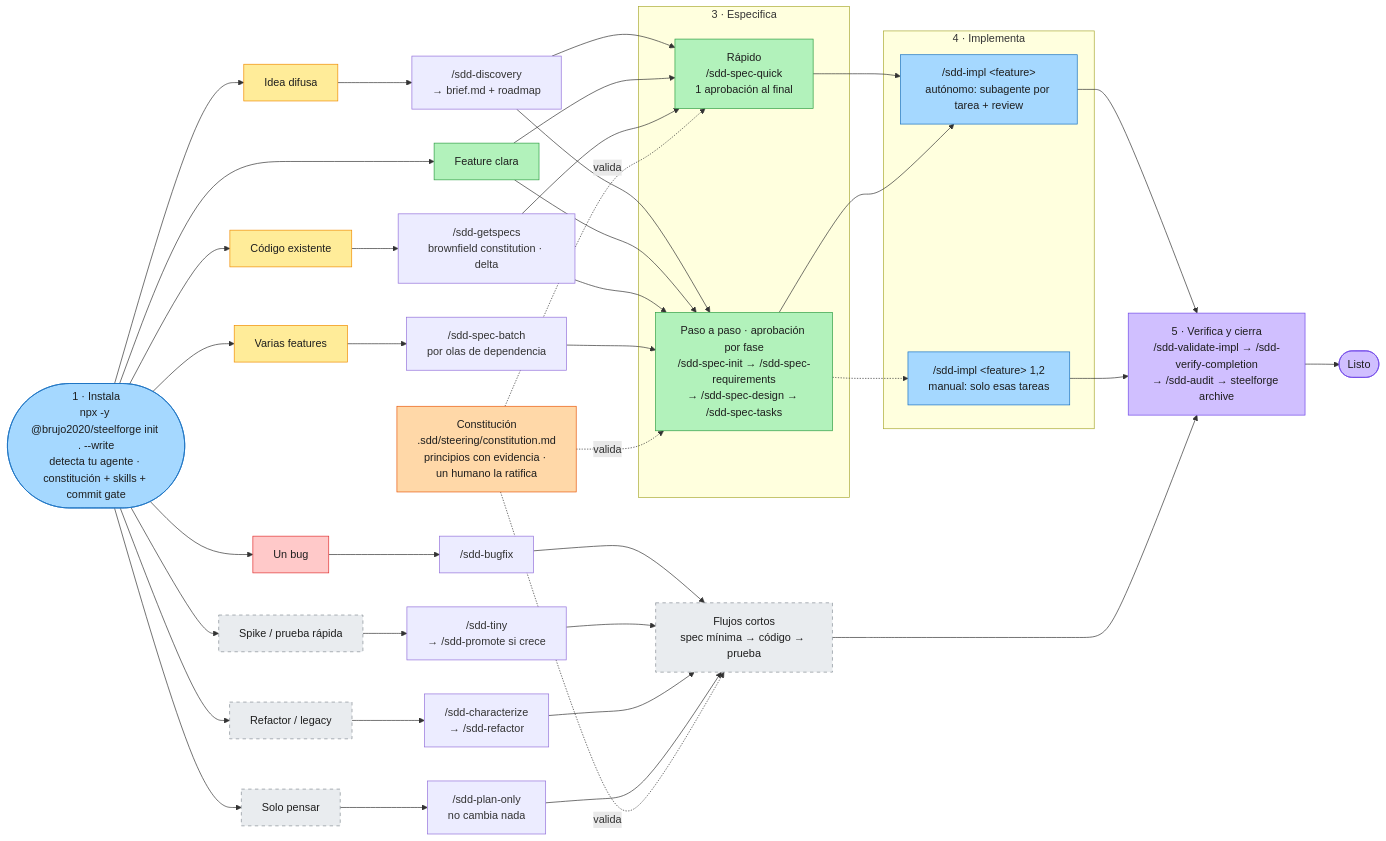
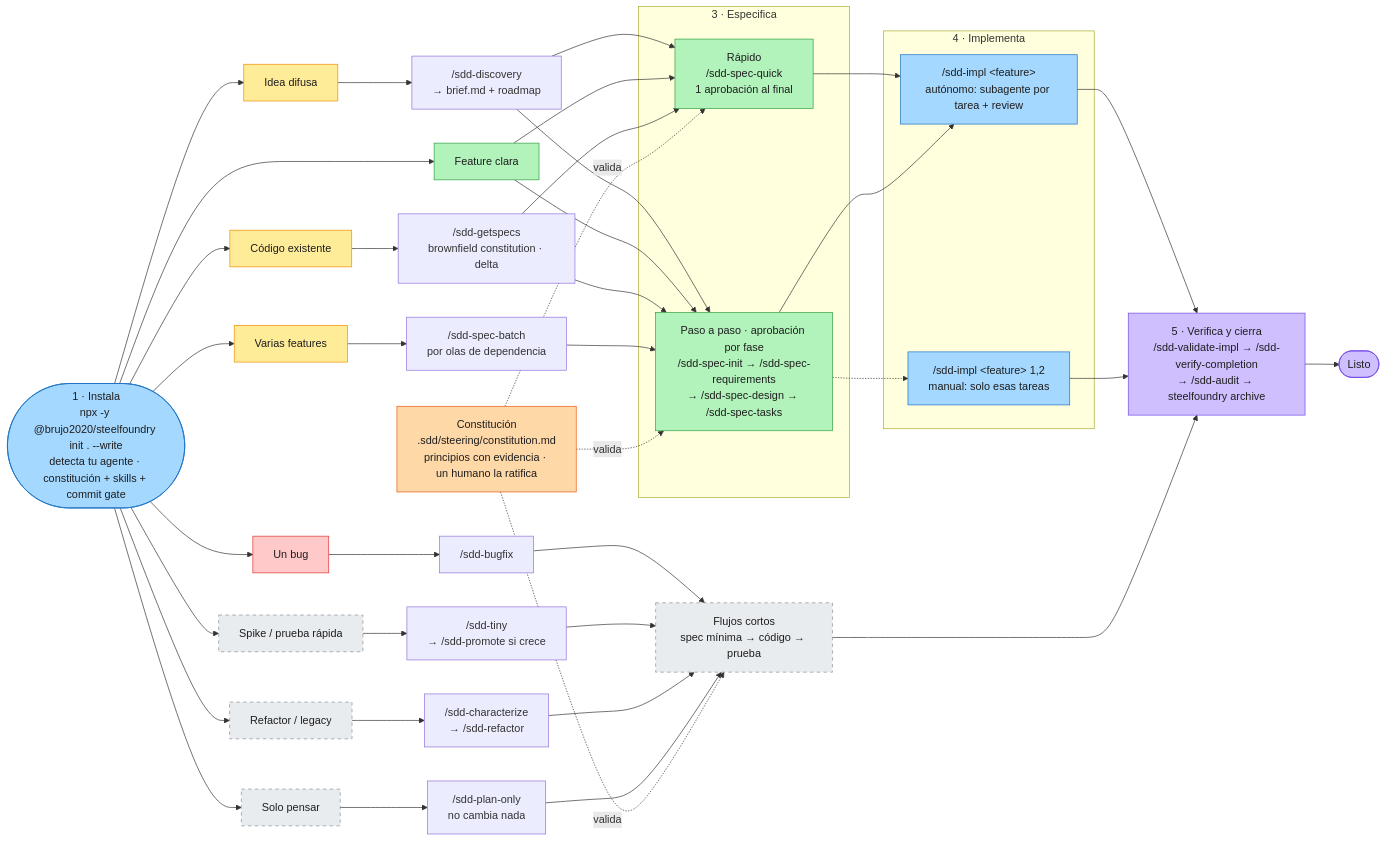
The third of 12 diagrams in README.es.md (Brujo2020/OpenSDD), drawn with Mermaid before and after one commit. The commit also changed other lines of this file and 465 other files, not shown here.

````diff
--- a/README.es.md
+++ b/README.es.md
@@ -182,55 +182,55 @@
 ```mermaid
 flowchart LR
-  I(["1 · Instala<br/>npx -y @brujo2020/steelforge init . --write<br/>detecta tu agente · constitución + skills + commit gate"])
+  I(["1 · Instala<br/>npx -y @brujo2020/steelfoundry init . --write<br/>detecta tu agente · constitución + skills + commit gate"])
 
   I --> A1["Idea difusa"] --> C1["/sdd-discovery<br/>→ brief.md + roadmap"]
   I --> A2["Feature clara"]
   I --> A3["Código existente"] --> C3["/sdd-getspecs<br/>brownfield constitution · delta"]
   I --> A4["Varias features"] --> C4["/sdd-spec-batch<br/>por olas de dependencia"]
   I --> A5["Un bug"] --> C5["/sdd-bugfix"]
   I --> A6["Spike / prueba rápida"] --> C6["/sdd-tiny<br/>→ /sdd-promote si crece"]
   I --> A7["Refactor / legacy"] --> C7["/sdd-characterize<br/>→ /sdd-refactor"]
   I --> A8["Solo pensar"] --> C8["/sdd-plan-only<br/>no cambia nada"]
 
   subgraph SPEC["3 · Especifica"]
     Q1["Rápido<br/>/sdd-spec-quick<br/>1 aprobación al final"]
     Q2["Paso a paso · aprobación por fase<br/>/sdd-spec-init → /sdd-spec-requirements<br/>→ /sdd-spec-design → /sdd-spec-tasks"]
   end
   C1 & A2 & C3 --> Q1 & Q2
   C4 --> Q2
 
   SHORT["Flujos cortos<br/>spec mínima → código → prueba"]
   C5 & C6 & C7 & C8 --> SHORT
 
   subgraph IMPL["4 · Implementa"]
     M1["/sdd-impl &lt;feature&gt;<br/>autónomo: subagente por tarea + review"]
     M2["/sdd-impl &lt;feature&gt; 1,2<br/>manual: solo esas tareas"]
   end
   Q1 --> M1
   Q2 --> M1
   Q2 -.-> M2
 
-  V["5 · Verifica y cierra<br/>/sdd-validate-impl → /sdd-verify-completion<br/>→ /sdd-audit → steelforge archive"]
+  V["5 · Verifica y cierra<br/>/sdd-validate-impl → /sdd-verify-completion<br/>→ /sdd-audit → steelfoundry archive"]
   M1 & M2 & SHORT --> V --> DONE(["Listo"])
 
   CONST["Constitución<br/>.sdd/steering/constitution.md<br/>principios con evidencia · un humano la ratifica"]
   CONST -. valida .-> Q1 & Q2 & SHORT
 
   classDef start fill:#a5d8ff,stroke:#1971c2,color:#1e1e1e
   classDef idea fill:#ffec99,stroke:#f08c00,color:#1e1e1e
   classDef spec fill:#b2f2bb,stroke:#2f9e44,color:#1e1e1e
   classDef impl fill:#a5d8ff,stroke:#1971c2,color:#1e1e1e
   classDef verify fill:#d0bfff,stroke:#7048e8,color:#1e1e1e
   classDef short fill:#e9ecef,stroke:#868e96,color:#1e1e1e,stroke-dasharray:5 5
   classDef bug fill:#ffc9c9,stroke:#e03131,color:#1e1e1e
   class I start
   class A1,A4 idea
   class A2,Q1,Q2 spec
   class A3 idea
   class A5 bug
   class M1,M2 impl
   class V,DONE verify
   class SHORT,A6,A7,A8 short
   classDef const fill:#ffd8a8,stroke:#e8590c,color:#1e1e1e
   class CONST const
 ```
````
